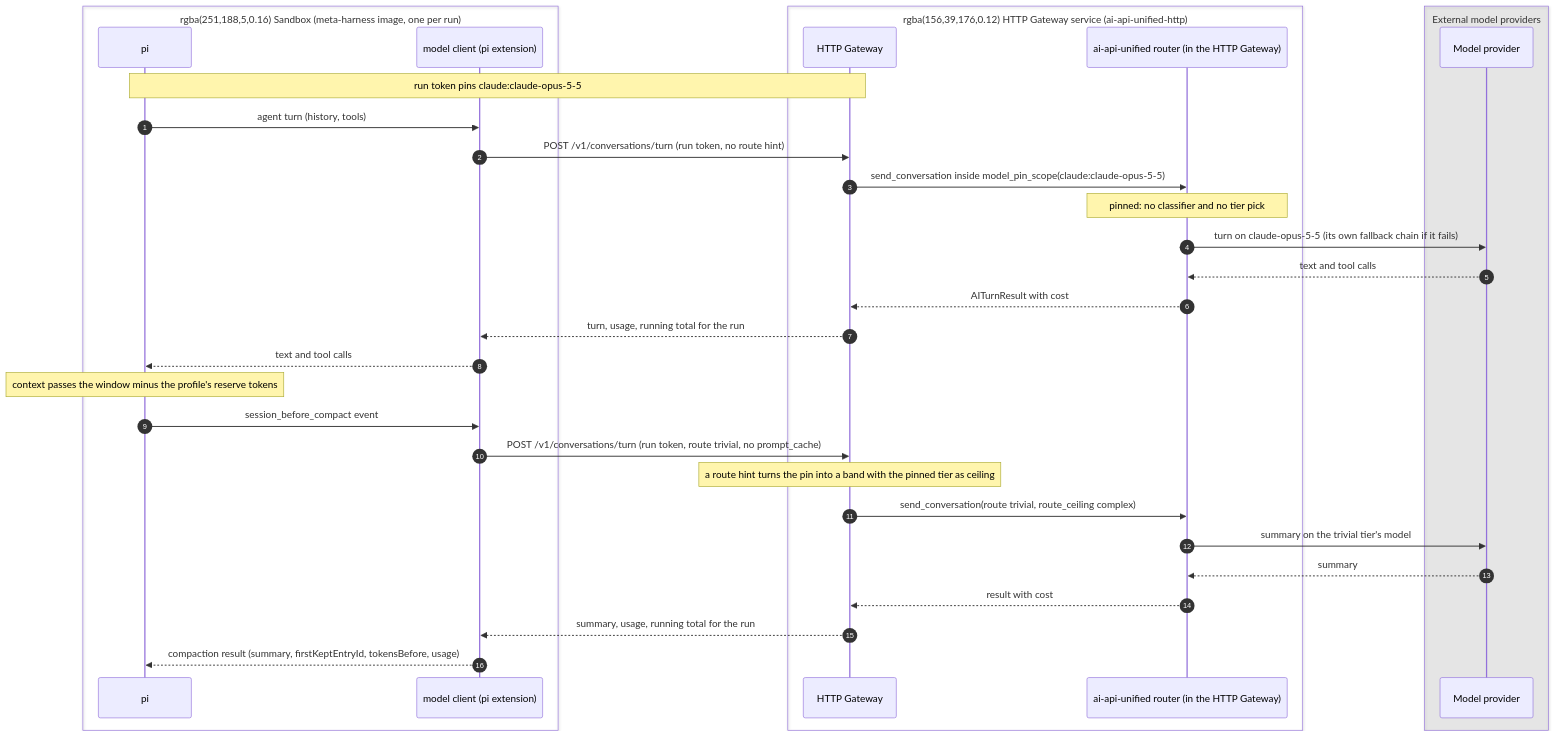
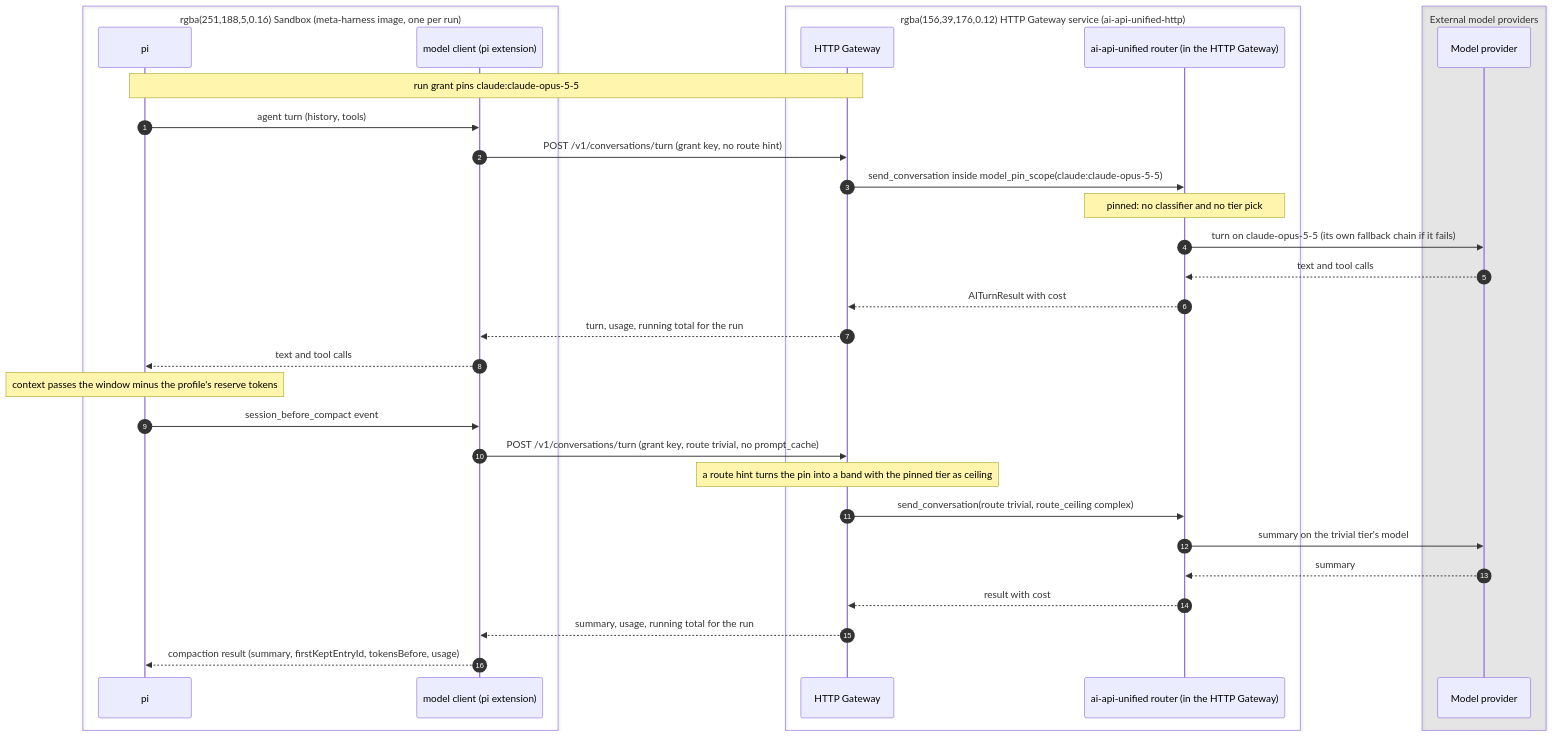
One commit to davecthomas/meta-harness changed the third of 12 diagrams in docs/technical-design.md. Above: the diagram before and after it, drawn with Mermaid. The commit also changed other lines of this file and 16 other files, not shown here.

First line of the commit message:
harness/run-grants: pi's model calls run on a run grant

````diff
--- a/docs/technical-design.md
+++ b/docs/technical-design.md
@@ -559,36 +559,36 @@
 ```mermaid
 sequenceDiagram
     autonumber
     box rgba(251,188,5,0.16) Sandbox (meta-harness image, one per run)
     participant PI as pi
     participant EX as model client (pi extension)
     end
     box rgba(156,39,176,0.12) HTTP Gateway service (ai-api-unified-http)
     participant GW as HTTP Gateway
     participant GR as ai-api-unified router (in the HTTP Gateway)
     end
     box rgba(128,128,128,0.14) External model providers
     participant PV as Model provider
     end
 
-    Note over PI,GW: run token pins claude:claude-opus-5-5
+    Note over PI,GW: run grant pins claude:claude-opus-5-5
     PI->>EX: agent turn (history, tools)
-    EX->>GW: POST /v1/conversations/turn (run token, no route hint)
+    EX->>GW: POST /v1/conversations/turn (grant key, no route hint)
     GW->>GR: send_conversation inside model_pin_scope(claude:claude-opus-5-5)
     Note over GR: pinned: no classifier and no tier pick
     GR->>PV: turn on claude-opus-5-5 (its own fallback chain if it fails)
     PV-->>GR: text and tool calls
     GR-->>GW: AITurnResult with cost
     GW-->>EX: turn, usage, running total for the run
     EX-->>PI: text and tool calls
     Note over PI: context passes the window minus the profile's reserve tokens
     PI->>EX: session_before_compact event
-    EX->>GW: POST /v1/conversations/turn (run token, route trivial, no prompt_cache)
+    EX->>GW: POST /v1/conversations/turn (grant key, route trivial, no prompt_cache)
     Note over GW: a route hint turns the pin into a band with the pinned tier as ceiling
     GW->>GR: send_conversation(route trivial, route_ceiling complex)
     GR->>PV: summary on the trivial tier's model
     PV-->>GR: summary
     GR-->>GW: result with cost
     GW-->>EX: summary, usage, running total for the run
     EX-->>PI: compaction result (summary, firstKeptEntryId, tokensBefore, usage)
 ```
````
